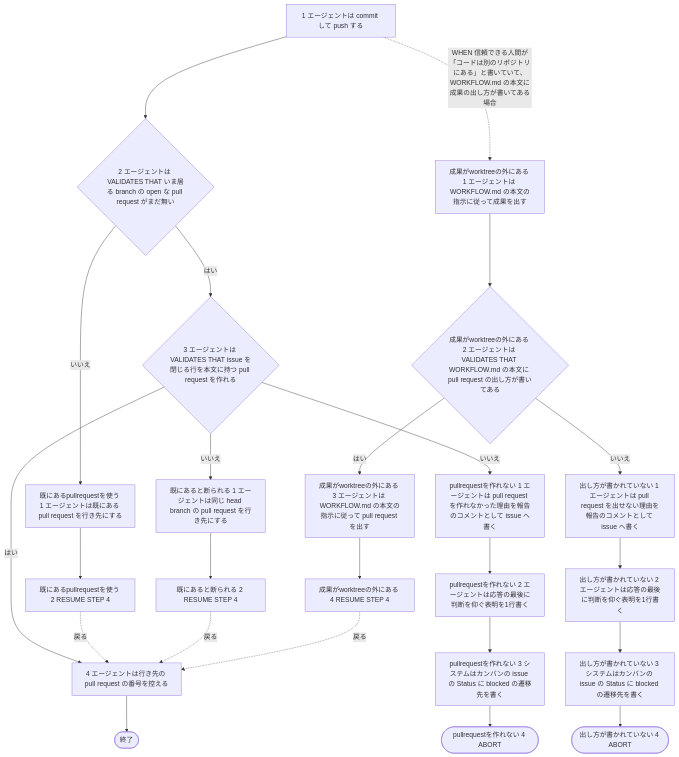
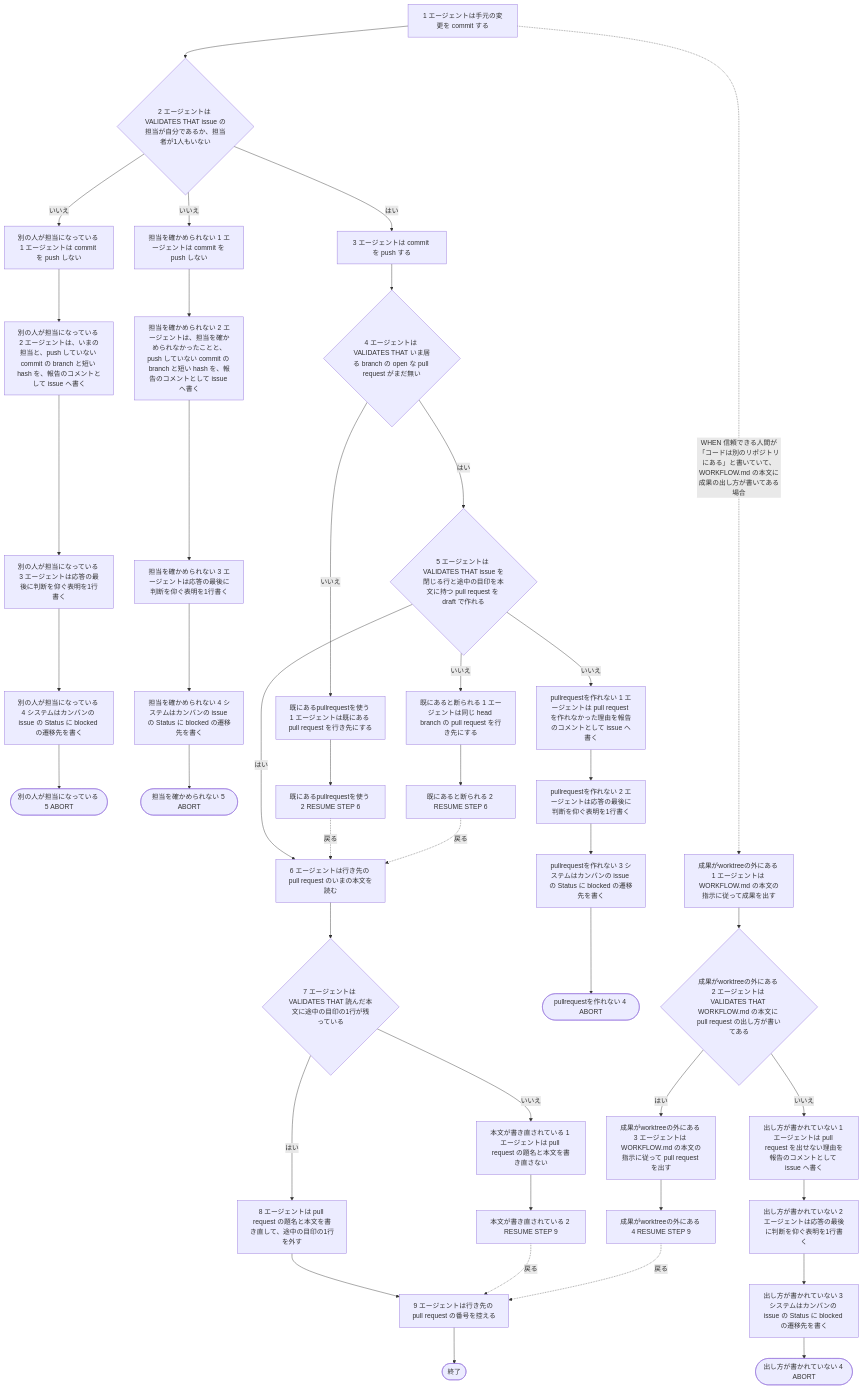
The second of 2 diagrams in docs/spec/usecases/particular_case/成果をpushしてpullrequestを出す.rucm.md (maimuzo/continuo), drawn with Mermaid before and after one commit. The commit also changed other lines of this file and 14 other files, not shown here.

Commit message:
ユースケース記述を新しい指示書へ合わせる 担当の確認と衝突の扱いと draft の pull request を RUCM 4本へ写し 指示書の曖昧だった3文を言い切る

````diff
--- a/docs/spec/usecases/particular_case/成果をpushしてpullrequestを出す.rucm.md
+++ b/docs/spec/usecases/particular_case/成果をpushしてpullrequestを出す.rucm.md
@@ -138,46 +193,81 @@
 ```mermaid
 flowchart TD
-    BS1["1 エージェントは commit して push する"]
-    BS2{"2 エージェントは VALIDATES THAT いま居る branch の open な pull request がまだ無い"}
-    BS3{"3 エージェントは VALIDATES THAT issue を閉じる行を本文に持つ pull request を作れる"}
-    BS4["4 エージェントは行き先の pull request の番号を控える"]
-    A1S1["既にあるpullrequestを使う 1 エージェントは既にある pull request を行き先にする"]
-    A1S2["既にあるpullrequestを使う 2 RESUME STEP 4"]
-    A2S1["既にあると断られる 1 エージェントは同じ head branch の pull request を行き先にする"]
-    A2S2["既にあると断られる 2 RESUME STEP 4"]
-    A3S1["pullrequestを作れない 1 エージェントは pull request を作れなかった理由を報告のコメントとして issue へ書く"]
-    A3S2["pullrequestを作れない 2 エージェントは応答の最後に判断を仰ぐ表明を1行書く"]
-    A3S3["pullrequestを作れない 3 システムはカンバンの issue の Status に blocked の遷移先を書く"]
-    A3S4(["pullrequestを作れない 4 ABORT"])
-    A4S1["成果がworktreeの外にある 1 エージェントは WORKFLOW.md の本文の指示に従って成果を出す"]
-    A4S2{"成果がworktreeの外にある 2 エージェントは VALIDATES THAT WORKFLOW.md の本文に pull request の出し方が書いてある"}
-    A4S3["成果がworktreeの外にある 3 エージェントは WORKFLOW.md の本文の指示に従って pull request を出す"]
-    A4S4["成果がworktreeの外にある 4 RESUME STEP 4"]
-    A5S1["出し方が書かれていない 1 エージェントは pull request を出せない理由を報告のコメントとして issue へ書く"]
-    A5S2["出し方が書かれていない 2 エージェントは応答の最後に判断を仰ぐ表明を1行書く"]
-    A5S3["出し方が書かれていない 3 システムはカンバンの issue の Status に blocked の遷移先を書く"]
-    A5S4(["出し方が書かれていない 4 ABORT"])
+    BS1["1 エージェントは手元の変更を commit する"]
+    BS2{"2 エージェントは VALIDATES THAT issue の担当が自分であるか、担当者が1人もいない"}
+    BS3["3 エージェントは commit を push する"]
+    BS4{"4 エージェントは VALIDATES THAT いま居る branch の open な pull request がまだ無い"}
+    BS5{"5 エージェントは VALIDATES THAT issue を閉じる行と途中の目印を本文に持つ pull request を draft で作れる"}
+    BS6["6 エージェントは行き先の pull request のいまの本文を読む"]
+    BS7{"7 エージェントは VALIDATES THAT 読んだ本文に途中の目印の1行が残っている"}
+    BS8["8 エージェントは pull request の題名と本文を書き直して、途中の目印の1行を外す"]
+    BS9["9 エージェントは行き先の pull request の番号を控える"]
+    A1S1["別の人が担当になっている 1 エージェントは commit を push しない"]
+    A1S2["別の人が担当になっている 2 エージェントは、いまの担当と、push していない commit の branch と短い hash を、報告のコメントとして issue へ書く"]
+    A1S3["別の人が担当になっている 3 エージェントは応答の最後に判断を仰ぐ表明を1行書く"]
+    A1S4["別の人が担当になっている 4 システムはカンバンの issue の Status に blocked の遷移先を書く"]
+    A1S5(["別の人が担当になっている 5 ABORT"])
+    A2S1["担当を確かめられない 1 エージェントは commit を push しない"]
+    A2S2["担当を確かめられない 2 エージェントは、担当を確かめられなかったことと、push していない commit の branch と短い hash を、報告のコメントとして issue へ書く"]
+    A2S3["担当を確かめられない 3 エージェントは応答の最後に判断を仰ぐ表明を1行書く"]
+    A2S4["担当を確かめられない 4 システムはカンバンの issue の Status に blocked の遷移先を書く"]
+    A2S5(["担当を確かめられない 5 ABORT"])
+    A3S1["既にあるpullrequestを使う 1 エージェントは既にある pull request を行き先にする"]
+    A3S2["既にあるpullrequestを使う 2 RESUME STEP 6"]
+    A4S1["既にあると断られる 1 エージェントは同じ head branch の pull request を行き先にする"]
+    A4S2["既にあると断られる 2 RESUME STEP 6"]
+    A5S1["pullrequestを作れない 1 エージェントは pull request を作れなかった理由を報告のコメントとして issue へ書く"]
+    A5S2["pullrequestを作れない 2 エージェントは応答の最後に判断を仰ぐ表明を1行書く"]
+    A5S3["pullrequestを作れない 3 システムはカンバンの issue の Status に blocked の遷移先を書く"]
+    A5S4(["pullrequestを作れない 4 ABORT"])
+    A6S1["本文が書き直されている 1 エージェントは pull request の題名と本文を書き直さない"]
+    A6S2["本文が書き直されている 2 RESUME STEP 9"]
+    A7S1["成果がworktreeの外にある 1 エージェントは WORKFLOW.md の本文の指示に従って成果を出す"]
+    A7S2{"成果がworktreeの外にある 2 エージェントは VALIDATES THAT WORKFLOW.md の本文に pull request の出し方が書いてある"}
+    A7S3["成果がworktreeの外にある 3 エージェントは WORKFLOW.md の本文の指示に従って pull request を出す"]
+    A7S4["成果がworktreeの外にある 4 RESUME STEP 9"]
+    A8S1["出し方が書かれていない 1 エージェントは pull request を出せない理由を報告のコメントとして issue へ書く"]
+    A8S2["出し方が書かれていない 2 エージェントは応答の最後に判断を仰ぐ表明を1行書く"]
+    A8S3["出し方が書かれていない 3 システムはカンバンの issue の Status に blocked の遷移先を書く"]
+    A8S4(["出し方が書かれていない 4 ABORT"])
     BS1 --> BS2
-    BS1 -. "WHEN 信頼できる人間が「コードは別のリポジトリにある」と書いていて、WORKFLOW.md の本文に成果の出し方が書いてある場合" .-> A4S1
+    BS1 -. "WHEN 信頼できる人間が「コードは別のリポジトリにある」と書いていて、WORKFLOW.md の本文に成果の出し方が書いてある場合" .-> A7S1
     BS2 -- はい --> BS3
     BS2 -- いいえ --> A1S1
-    BS3 -- はい --> BS4
-    BS3 -- いいえ --> A2S1
-    BS3 -- いいえ --> A3S1
+    BS2 -- いいえ --> A2S1
+    BS3 --> BS4
+    BS4 -- はい --> BS5
+    BS4 -- いいえ --> A3S1
+    BS5 -- はい --> BS6
+    BS5 -- いいえ --> A4S1
+    BS5 -- いいえ --> A5S1
+    BS6 --> BS7
+    BS7 -- はい --> BS8
+    BS7 -- いいえ --> A6S1
+    BS8 --> BS9
     A1S1 --> A1S2
-    A1S2 -. "戻る" .-> BS4
+    A1S2 --> A1S3
+    A1S3 --> A1S4
+    A1S4 --> A1S5
     A2S1 --> A2S2
-    A2S2 -. "戻る" .-> BS4
+    A2S2 --> A2S3
+    A2S3 --> A2S4
+    A2S4 --> A2S5
     A3S1 --> A3S2
-    A3S2 --> A3S3
-    A3S3 --> A3S4
+    A3S2 -. "戻る" .-> BS6
     A4S1 --> A4S2
-    A4S2 -- はい --> A4S3
-    A4S2 -- いいえ --> A5S1
-    A4S3 --> A4S4
-    A4S4 -. "戻る" .-> BS4
+    A4S2 -. "戻る" .-> BS6
     A5S1 --> A5S2
     A5S2 --> A5S3
     A5S3 --> A5S4
-    BS4 --> END(["終了"])
+    A6S1 --> A6S2
+    A6S2 -. "戻る" .-> BS9
+    A7S1 --> A7S2
+    A7S2 -- はい --> A7S3
+    A7S2 -- いいえ --> A8S1
+    A7S3 --> A7S4
+    A7S4 -. "戻る" .-> BS9
+    A8S1 --> A8S2
+    A8S2 --> A8S3
+    A8S3 --> A8S4
+    BS9 --> END(["終了"])
 ```
````
